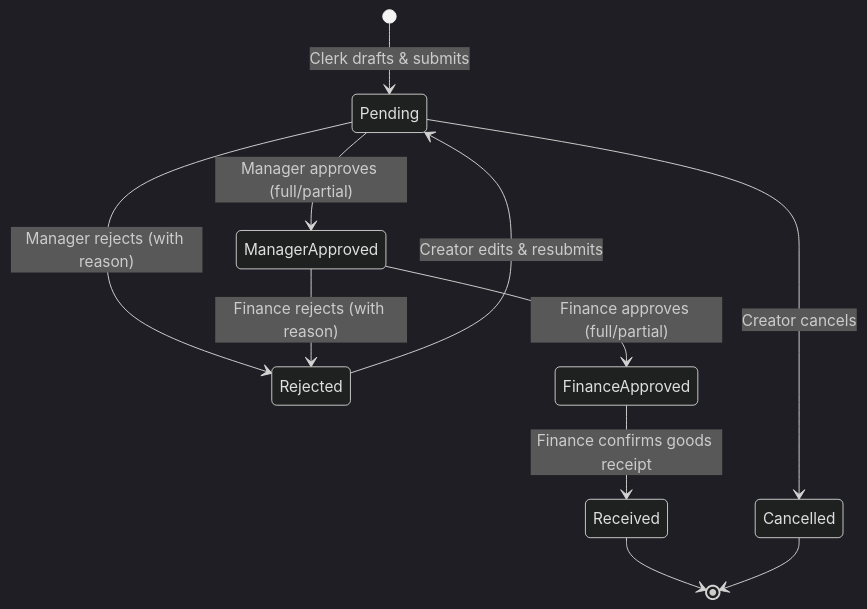
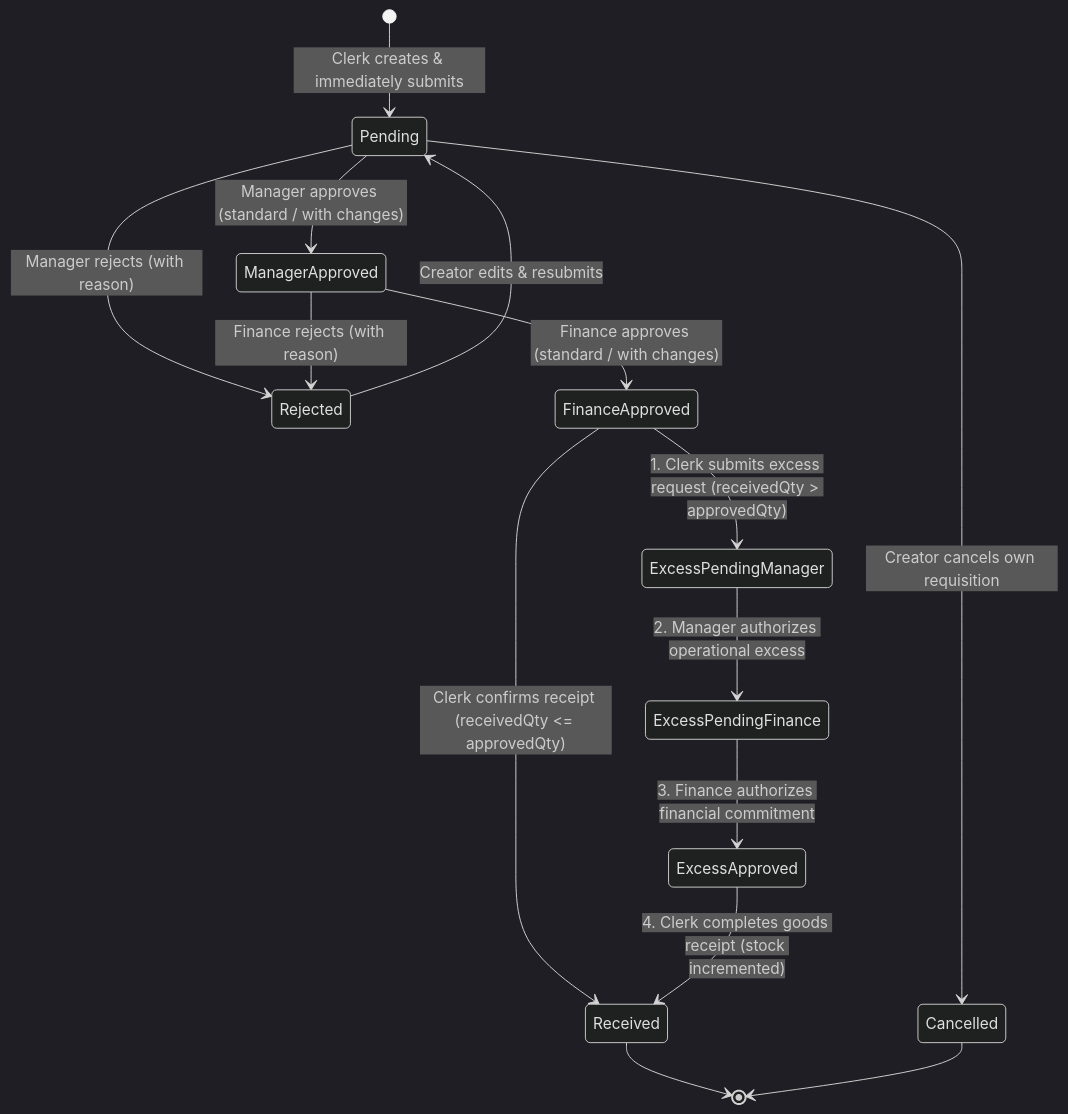
One commit to Kairogues/inventory-procurement-management-system changed the diagram in docs/specs/SRS.md. Above: the diagram before and after it, drawn with Mermaid (dark theme). The commit also changed other lines of this file and 4 other files, not shown here.

````diff
--- a/docs/specs/SRS.md
+++ b/docs/specs/SRS.md
@@ -343,13 +363,17 @@
 ```mermaid
 stateDiagram-v2
-    [*] --> Pending : Clerk drafts & submits
-    Pending --> ManagerApproved : Manager approves (full/partial)
+    [*] --> Pending : Clerk creates & immediately submits
+    Pending --> ManagerApproved : Manager approves (standard / with changes)
     Pending --> Rejected : Manager rejects (with reason)
-    Pending --> Cancelled : Creator cancels
-    ManagerApproved --> FinanceApproved : Finance approves (full/partial)
+    Pending --> Cancelled : Creator cancels own requisition
+    ManagerApproved --> FinanceApproved : Finance approves (standard / with changes)
     ManagerApproved --> Rejected : Finance rejects (with reason)
-    FinanceApproved --> Received : Finance confirms goods receipt
+    FinanceApproved --> Received : Clerk confirms receipt (receivedQty <= approvedQty)
+    FinanceApproved --> ExcessPendingManager : 1. Clerk submits excess request (receivedQty > approvedQty)
+    ExcessPendingManager --> ExcessPendingFinance : 2. Manager authorizes operational excess
+    ExcessPendingFinance --> ExcessApproved : 3. Finance authorizes financial commitment
+    ExcessApproved --> Received : 4. Clerk completes goods receipt (stock incremented)
     Rejected --> Pending : Creator edits & resubmits
     Received --> [*]
     Cancelled --> [*]
 ```
````
